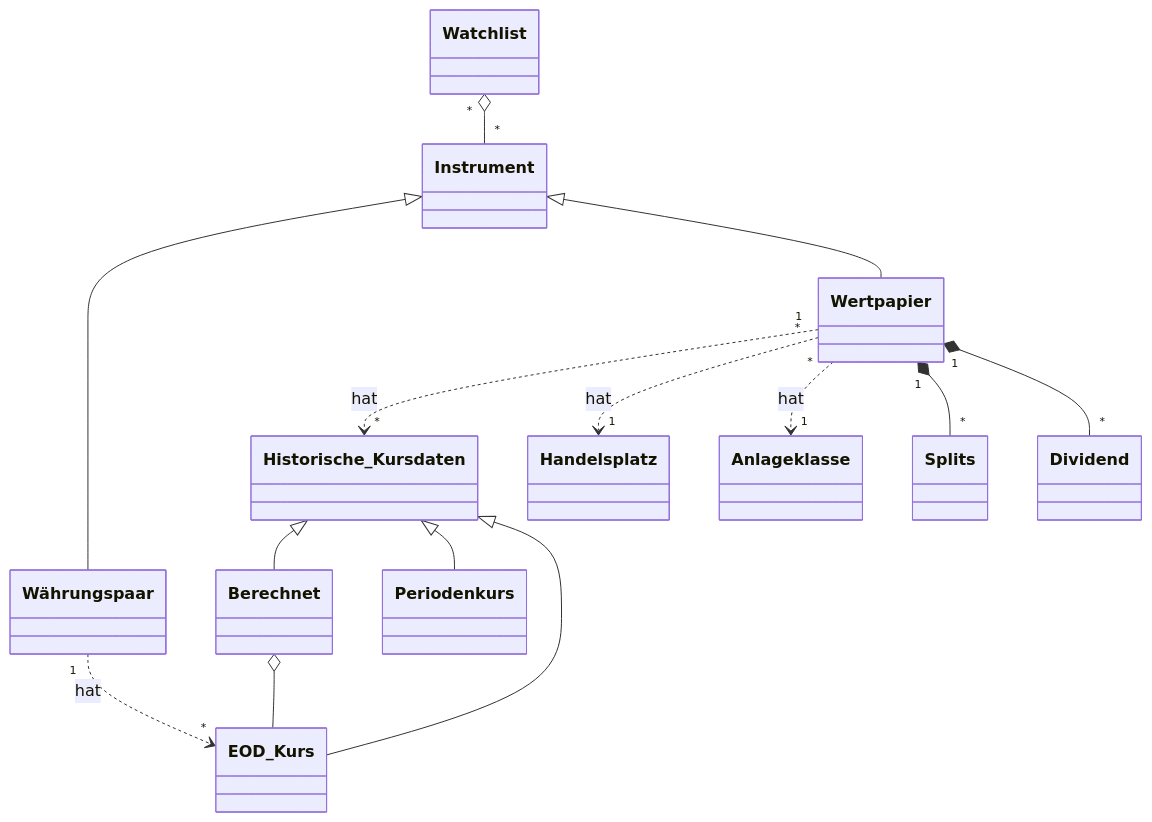
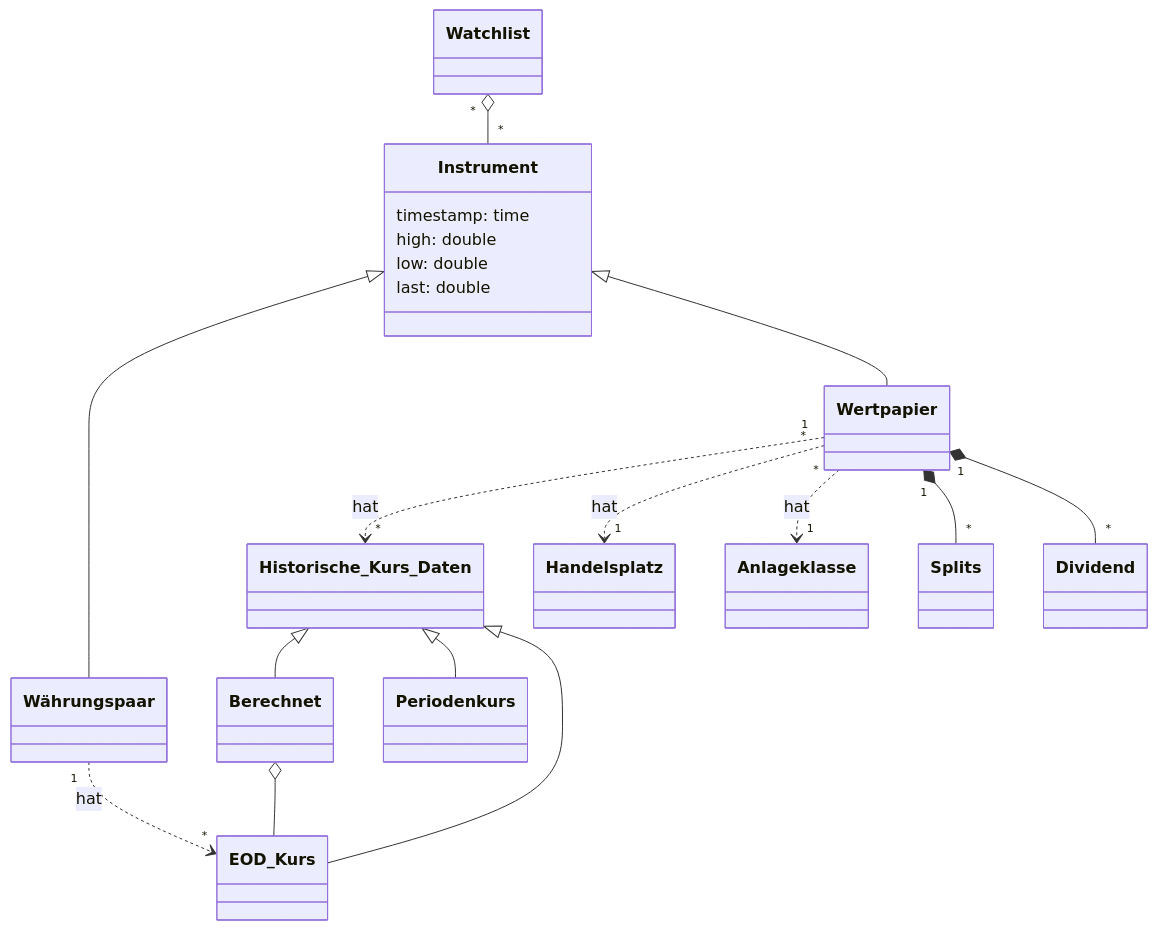
Before and after one commit to grafioschtrader/grafioschtrader: the diagram in manual/content/watchlistinstrument/_index.de.md, drawn with Mermaid. The commit also changed 5 other files, not shown here.

```diff
--- a/manual/content/watchlistinstrument/_index.de.md
+++ b/manual/content/watchlistinstrument/_index.de.md
@@ -15,16 +15,22 @@
 {{< mermaid >}}
 classDiagram
-    Watchlist "*" o-- "*" Instrument
+     Watchlist "*" o-- "*" Instrument
     Instrument <|-- Währungspaar
     Instrument <|-- Wertpapier
-    Wertpapier "1" ..> "*" Historische_Kursdaten : hat
+    Wertpapier "1" ..> "*" Historische_Kurs_Daten : hat
     Wertpapier "*" ..> "1" Handelsplatz : hat
     Wertpapier "*" ..> "1" Anlageklasse : hat
     Wertpapier "1" *-- "*" Splits
     Wertpapier "1" *-- "*" Dividend
-    Historische_Kursdaten <|-- Berechnet
-    Historische_Kursdaten <|-- Periodenkurs
-    Historische_Kursdaten <|-- EOD_Kurs
+    Historische_Kurs_Daten <|-- Berechnet
+    Historische_Kurs_Daten <|-- Periodenkurs
+    Historische_Kurs_Daten <|-- EOD_Kurs
     Währungspaar "1" ..> "*" EOD_Kurs : hat
     Berechnet o-- EOD_Kurs
+    class Instrument{
+        timestamp: time
+        high: double
+        low: double
+        last: double
+    }
 {{< /mermaid >}}
```
